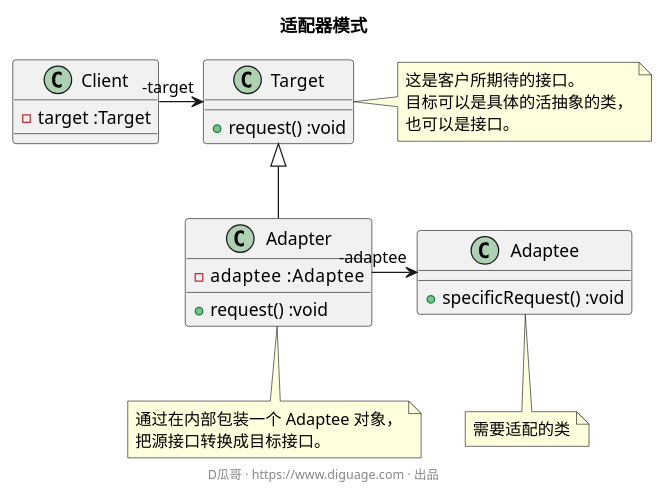
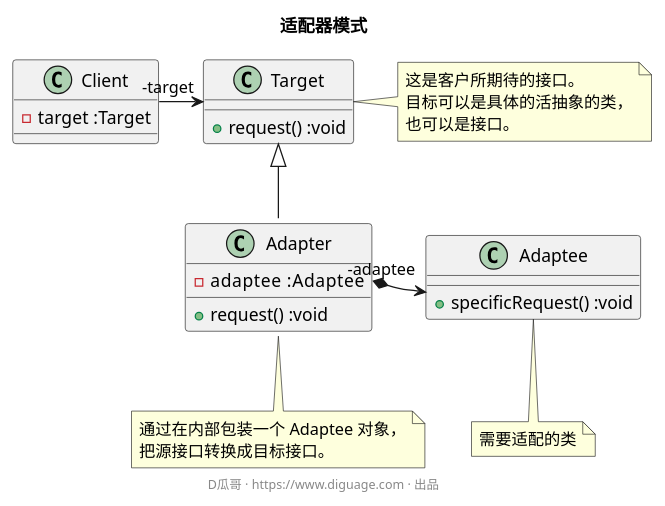
One commit to diguage/deep-in-design-patterns changed the diagram in docs/assets/puml/adapter.puml. Above: the diagram before and after it, drawn with PlantUML. The commit also changed 10 other files, not shown here.

```diff
--- a/docs/assets/puml/adapter.puml
+++ b/docs/assets/puml/adapter.puml
@@ -1,31 +1,31 @@
 @startuml
 title "**适配器模式**"
 
 class Client {
   - target :Target
 }
 
 class Target {
   + request() :void
 }
 note right: 这是客户所期待的接口。\n目标可以是具体的活抽象的类，\n也可以是接口。
 
 class Adapter {
   - adaptee   :Adaptee
   + request() :void
 }
 note bottom: 通过在内部包装一个 Adaptee 对象，\n把源接口转换成目标接口。
 
 class Adaptee {
   + specificRequest() :void
 }
 note bottom: 需要适配的类
 
 Target <|-- Adapter
 
-Adapter "-adaptee" -right-> Adaptee
+Adapter::adaptee "-adaptee" *-right-> Adaptee
 
 Client "-target" -right-> Target
 
 footer D瓜哥 · https://www.diguage.com · 出品
 @enduml
```
